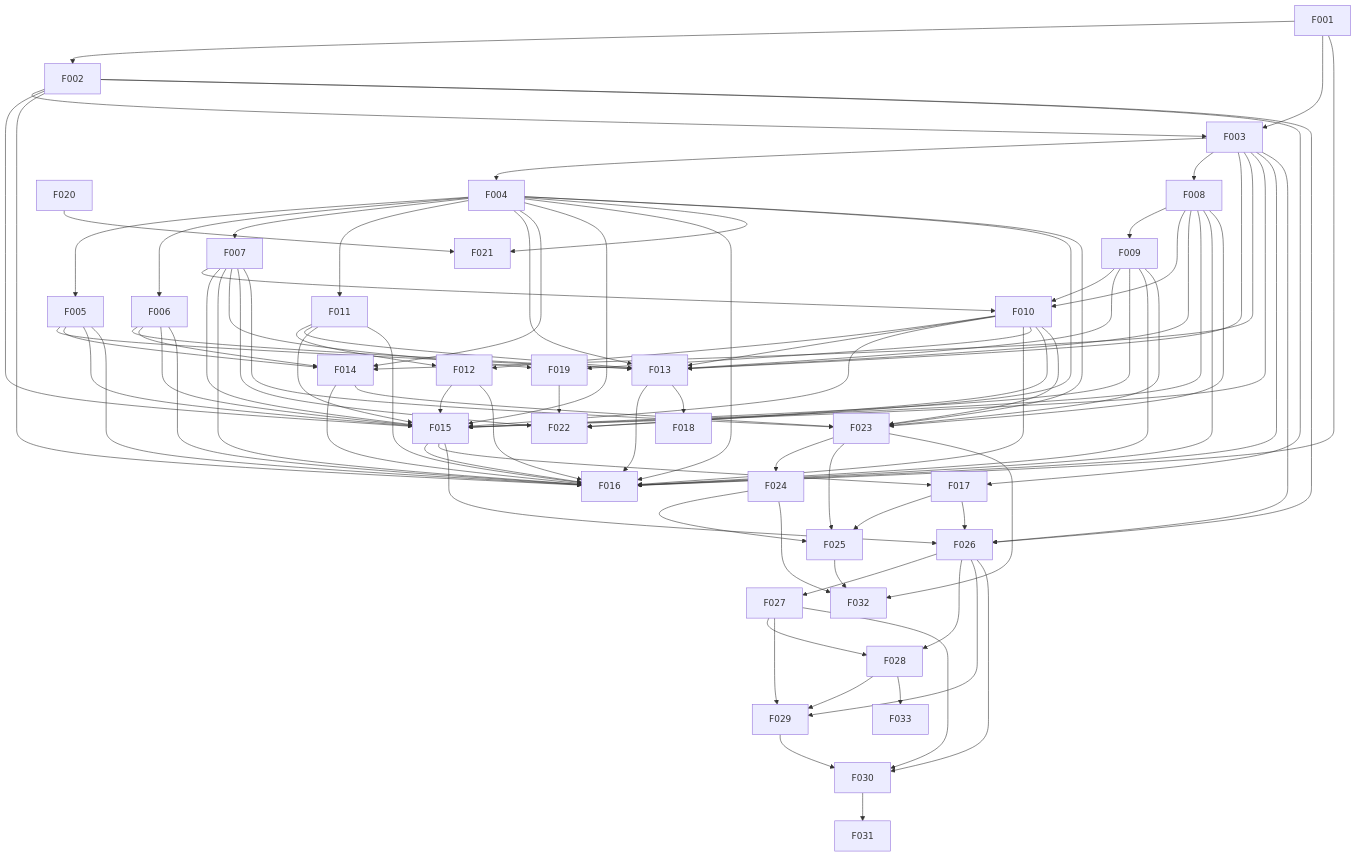
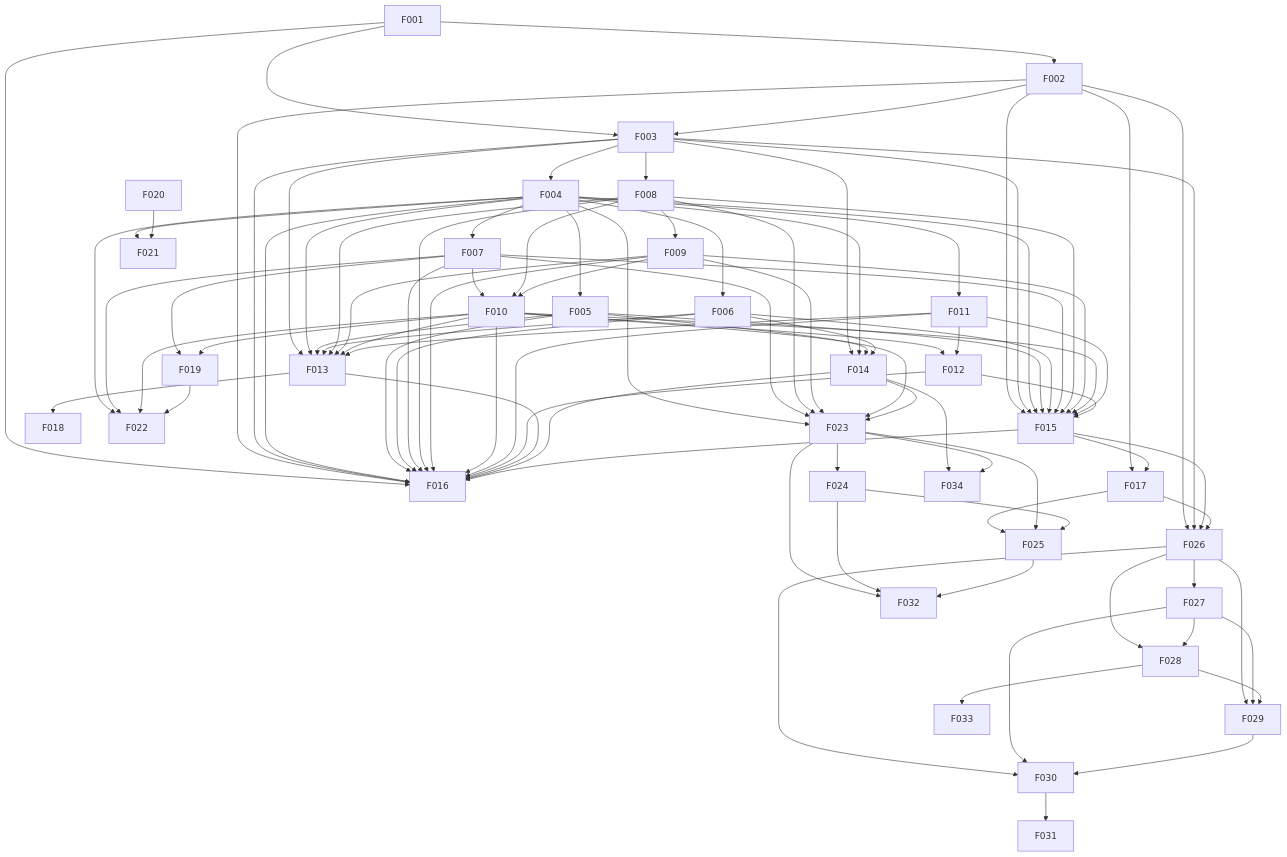
One commit to 47oo/csm changed the diagram in docs/project/dependency-map.md. Above: the diagram before and after it, drawn with Mermaid. The commit also changed other lines of this file and 7 other files, not shown here.

````diff
--- a/docs/project/dependency-map.md
+++ b/docs/project/dependency-map.md
@@ -41,6 +41,7 @@
     n30["F031"]
     n31["F032"]
     n32["F033"]
+    n33["F034"]
     n0 --> n1
     n0 --> n2
     n1 --> n2
@@ -133,4 +134,6 @@
     n23 --> n31
     n24 --> n31
     n27 --> n32
+    n13 --> n33
+    n22 --> n33
 ```
````
